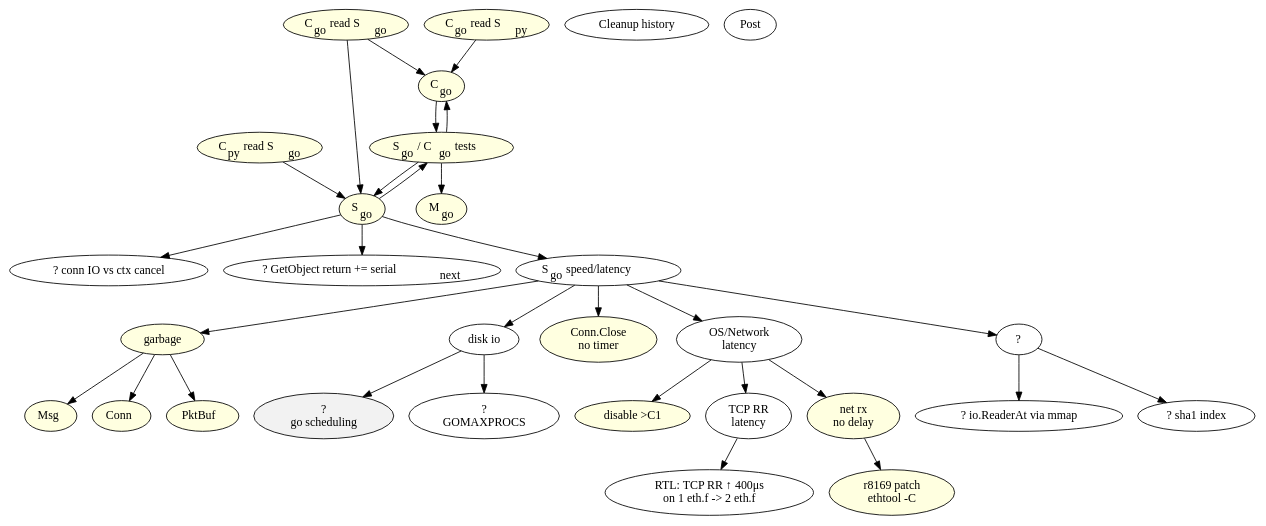
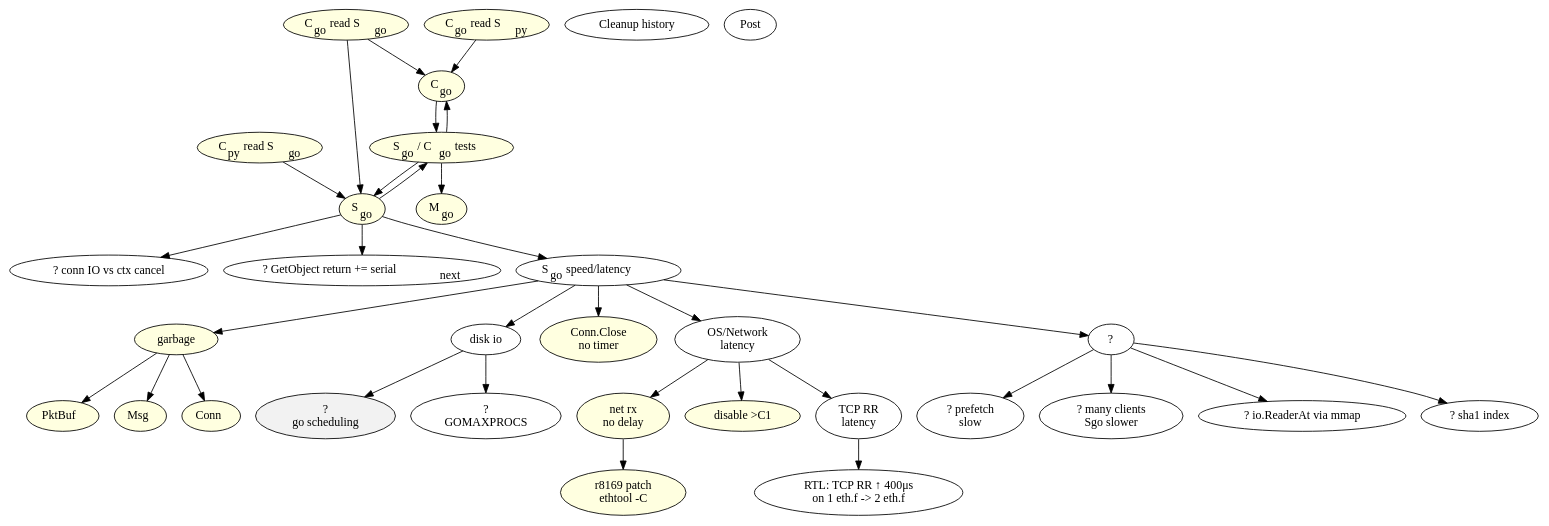
Before and after one commit to Nexedi/neoppod: the diagram in go/todo.dot, drawn with Graphviz. The commit also changed 1 other file, not shown here.

```diff
--- a/go/todo.dot
+++ b/go/todo.dot
@@ -1,96 +1,101 @@
 digraph {
 	Cgo -> SCgo_t;
 	Sgo -> SCgo_t;
 
 	SCgo_t -> Mgo;
 	SCgo_t -> Sgo;
 	SCgo_t -> Cgo;
 
 	Sgo -> io_cancel;
 	Sgo -> load_serial_next;
 	Sgo -> Sgo_speed;
 
 	//Sgo_speed -> B_link_recv;
 	Sgo_speed -> garbage;
 	//Sgo_speed -> gosched;
 	Sgo_speed -> diskio;
 	Sgo_speed -> ConnClose_notimer;
 
 	Sgo_speed -> osnet_latency;
 	Sgo_speed -> QSgo_speed;
 
+	QSgo_speed -> prefetch_slow;
+	QSgo_speed -> parallel_slow;
 	QSgo_speed -> Mmap_go;
 	QSgo_speed -> sha1_index;
 
 	garbage	-> pktbuf_alloc;
 	garbage -> msg_alloc;
 	garbage -> conn_alloc;
 
 	diskio	-> gosched;
 	diskio	-> GOMAXPROCS;
 
 
 	Cpy_r_Sgo -> Sgo;
 	//Cpy_r_Sgo -> Protog_fix;
 	//Cpy_r_Sgo -> Cpy_patch;
 	//Cpy_r_Sgo -> Mpy_vs_Sgo;
 
 	Cgo_r_Sgo -> Cgo;
 	Cgo_r_Sgo -> Sgo;		
 
 	Cgo_r_Spy -> Cgo;
 	//Cgo_r_Spy -> Protog_fix;
 
 
 	Cgo		[label=<C<sub>go</sub>> style=filled fillcolor=lightyellow];
 	Sgo		[label=<S<sub>go</sub>> style=filled fillcolor=lightyellow];
 	Mgo		[label=<M<sub>go</sub>> style=filled fillcolor=lightyellow];
 	SCgo_t		[label=<S<sub>go</sub>  / C<sub>go</sub>  tests> style=filled fillcolor=lightyellow];
 	Sgo_speed	[label=<S<sub>go</sub>  speed/latency>];
 	Cpy_r_Sgo	[label=<C<sub>py</sub>  read S<sub>go</sub>> style=filled fillcolor=lightyellow];
 	Cgo_r_Sgo	[label=<C<sub>go</sub>  read S<sub>go</sub>> style=filled fillcolor=lightyellow];
 	Cgo_r_Spy	[label=<C<sub>go</sub>  read S<sub>py</sub>> style=filled fillcolor=lightyellow];
 	Cleanup		[label="Cleanup history"];
 	Post		[label="Post"];
 	//Cpy_patch	[label=<py patch: ConnID py=go> style=filled fillcolor=lightyellow];	// C<sub>py</sub>  patch for ConnID interop. with S<sub>go</sub>>];
 	Mmap_go		[label="? io.ReaderAt via mmap"];
 	//Protog_fix	[label="proto(go/py) compat fix" style=filled fillcolor=lightyellow];
 	//Mpy_vs_Sgo	[label=<M<sub>py</sub> vs S<sub>go</sub>: try/fix> style=filled fillcolor=lightyellow];
 
 	io_cancel		[label="? conn IO vs ctx cancel"];
 	load_serial_next	[label=<? GetObject return += serial<sub>next</sub>>];
 
 	sha1_index	[label="? sha1 index"];
 	//B_link_recv	[label="Bench link.Recv1/Ask1" style=filled fillcolor=lightyellow];
 	garbage		[label="garbage" style=filled fillcolor=lightyellow];
 	gosched		[label="?\ngo scheduling" style=filled fillcolor=grey95];
 
 	//Cgo -> Cgo_tasks;
 	//Cgo_tasks	[label="- talkMaster\n- update nodeTab/partTab\n- dial S on demand\n..." style=filled fillcolor=lightyellow];
 
 	QSgo_speed	[label=<?>];
 
 	pktbuf_alloc	[label=<PktBuf> style=filled fillcolor=lightyellow];
 	msg_alloc	[label=<Msg>	style=filled fillcolor=lightyellow];
 	conn_alloc	[label=<Conn>	style=filled fillcolor=lightyellow];
 
 	ConnClose_notimer	[label="Conn.Close\nno timer" style=filled fillcolor=lightyellow];
 	diskio		[label="disk io"];
 	GOMAXPROCS	[label="?\nGOMAXPROCS"];
 
 
 	osnet_latency	-> rx_no_delay;
 	osnet_latency	-> nocstates;
 	osnet_latency	-> tcp_latency;
 	tcp_latency	-> rtl_tcp_2eth;
 
 	rx_no_delay	-> rtl_patch;
 
 	osnet_latency	[label="OS/Network\nlatency"];
 	rx_no_delay	[label="net rx\nno delay" style=filled fillcolor=lightyellow];
 	nocstates	[label="disable >C1" style=filled fillcolor=lightyellow];
 	tcp_latency	[label="TCP RR\nlatency"];
 	rtl_tcp_2eth	[label="RTL: TCP RR ↑ 400μs\n on 1 eth.f -> 2 eth.f"];
 
 	rtl_patch	[label="r8169 patch\nethtool -C" style=filled fillcolor=lightyellow];
+
+	prefetch_slow	[label="? prefetch\nslow"];
+	parallel_slow	[label="? many clients\nSgo slower"];
 }
```
